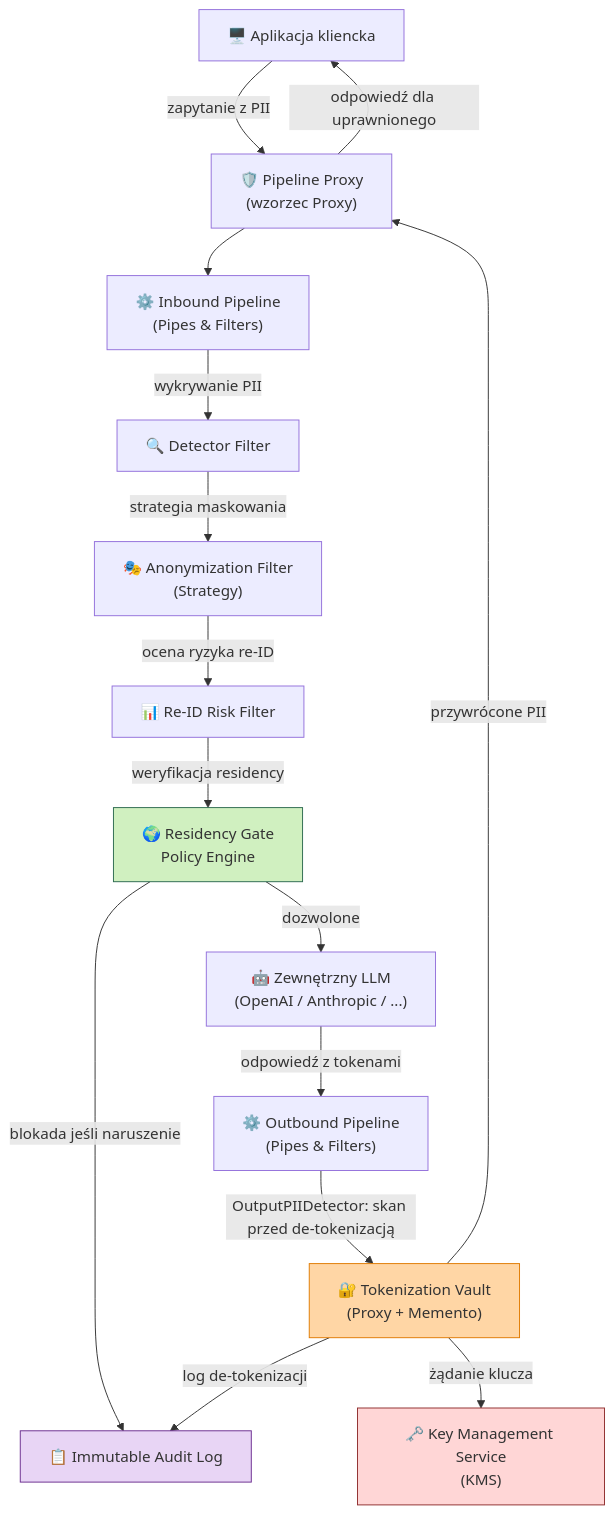
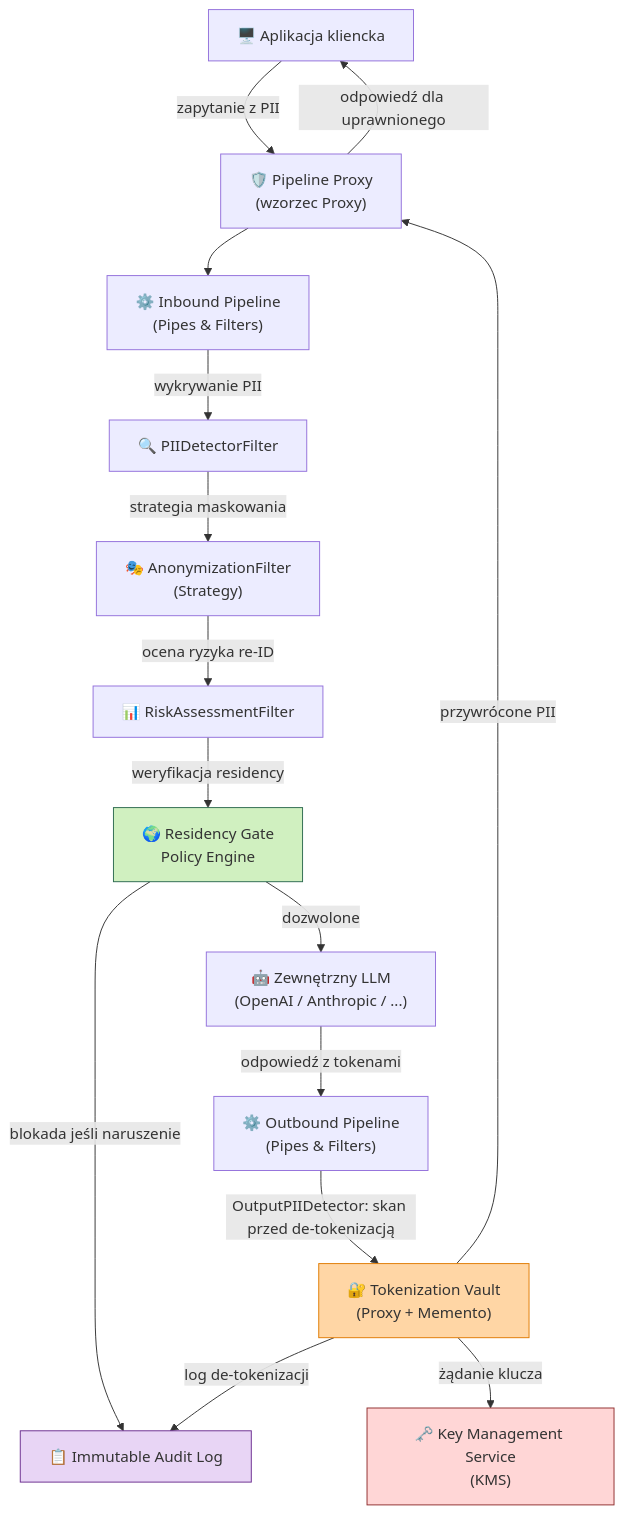
Before and after one commit to gniewekk/Privacy-Preserving-Context-Pipeline-for-LLMs-DP: the first of 14 diagrams in ARCHITECTURE.md, drawn with Mermaid. The commit also changed other lines of this file and 12 other files, not shown here.

````diff
--- a/ARCHITECTURE.md
+++ b/ARCHITECTURE.md
@@ -55,35 +55,35 @@
 ```mermaid
 flowchart TD
     Client["🖥️ Aplikacja kliencka"]
     PipelineProxy["🛡️ Pipeline Proxy\n(wzorzec Proxy)"]
     InboundPipeline["⚙️ Inbound Pipeline\n(Pipes & Filters)"]
     Vault["🔐 Tokenization Vault\n(Proxy + Memento)"]
     ResidencyPolicyFilter["🌍 Residency Gate\nPolicy Engine"]
     ExtLLM["🤖 Zewnętrzny LLM\n(OpenAI / Anthropic / ...)"]
     OutboundPipeline["⚙️ Outbound Pipeline\n(Pipes & Filters)"]
     AuditLog["📋 Immutable Audit Log"]
     KeyManagement["🗝️ Key Management Service\n(KMS)"]
 
     Client -->|"zapytanie z PII"| PipelineProxy
     PipelineProxy --> InboundPipeline
 
-    InboundPipeline -->|"wykrywanie PII"| D1["🔍 Detector Filter"]
-    D1 -->|"strategia maskowania"| D2["🎭 Anonymization Filter\n(Strategy)"]
-    D2 -->|"ocena ryzyka re-ID"| D3["📊 Re-ID Risk Filter"]
+    InboundPipeline -->|"wykrywanie PII"| D1["🔍 PIIDetectorFilter"]
+    D1 -->|"strategia maskowania"| D2["🎭 AnonymizationFilter\n(Strategy)"]
+    D2 -->|"ocena ryzyka re-ID"| D3["📊 RiskAssessmentFilter"]
     D3 -->|"weryfikacja residency"| ResidencyPolicyFilter
 
     ResidencyPolicyFilter -->|"blokada jeśli naruszenie"| AuditLog
     ResidencyPolicyFilter -->|"dozwolone"| ExtLLM
 
     ExtLLM -->|"odpowiedź z tokenami"| OutboundPipeline
     OutboundPipeline -->|"OutputPIIDetector: skan przed de-tokenizacją"| Vault
     Vault -->|"żądanie klucza"| KeyManagement
     Vault -->|"log de-tokenizacji"| AuditLog
     Vault -->|"przywrócone PII"| PipelineProxy
     PipelineProxy -->|"odpowiedź dla uprawnionego"| Client
 
     style Vault fill:#ffd6a5,stroke:#e07a00
     style ResidencyPolicyFilter fill:#d0f0c0,stroke:#2d6a4f
     style AuditLog fill:#e8d5f5,stroke:#6a2d8f
     style KeyManagement fill:#ffd6d6,stroke:#8f2d2d
 ```
````
